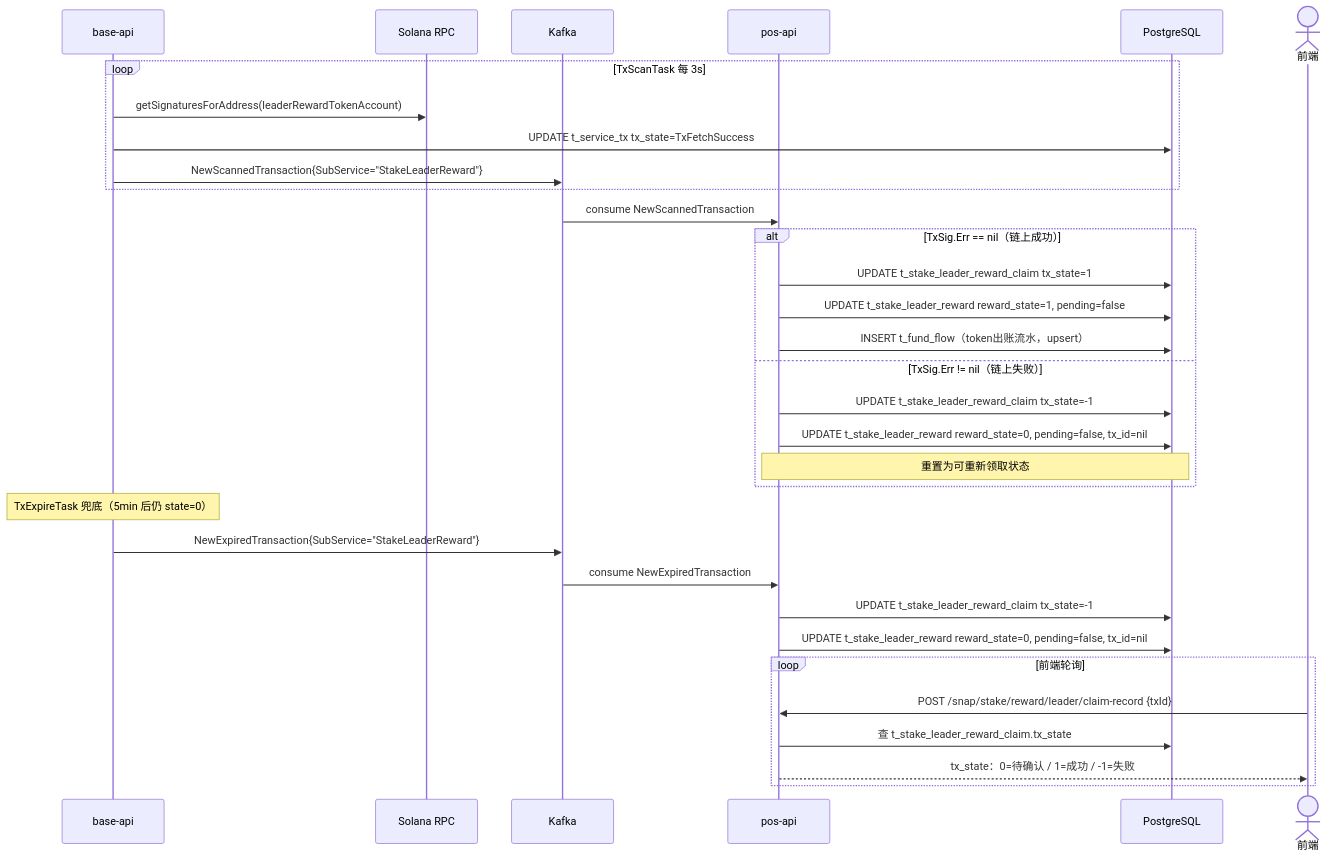
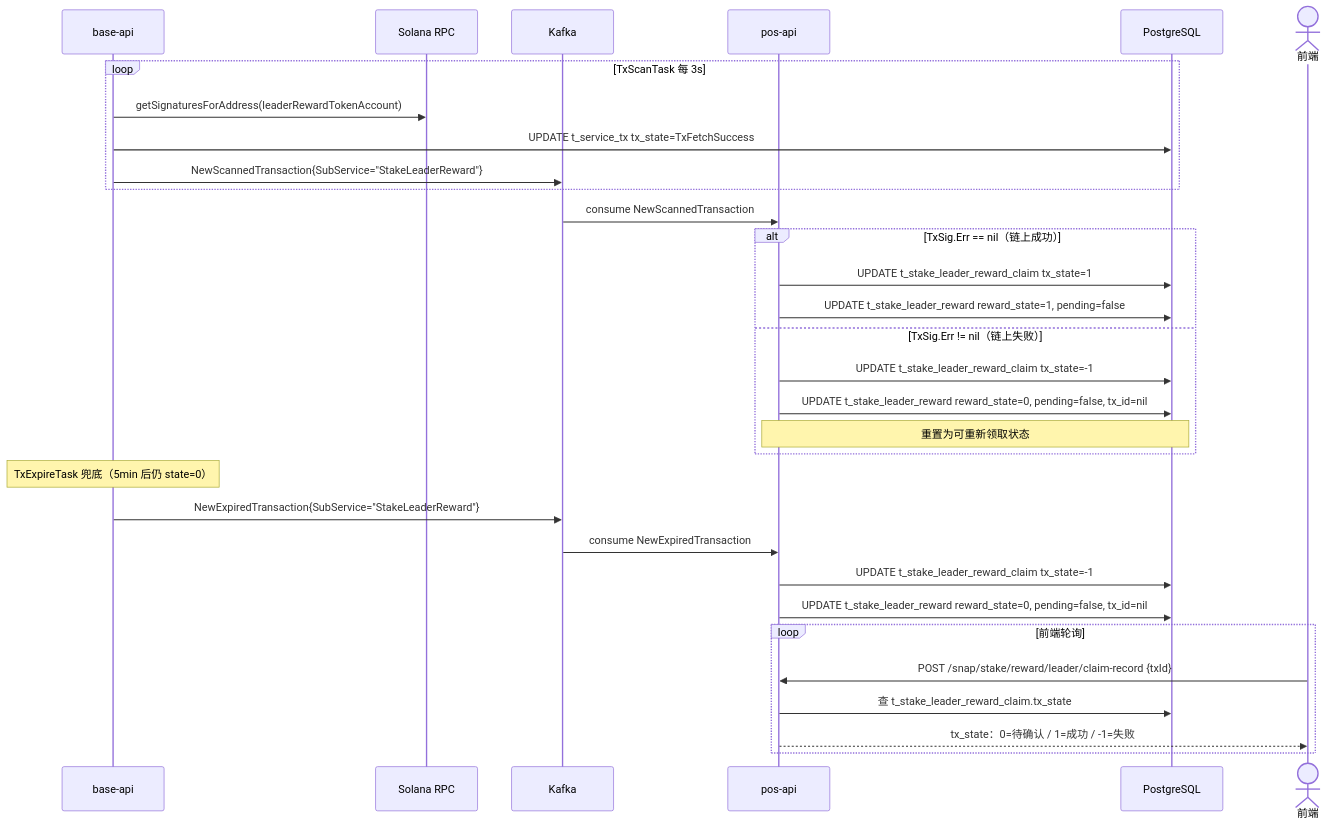
One commit to BillInUK/oshit-go changed the fourth of 7 diagrams in docs/v1/pos_stake_leader.md. Above: the diagram before and after it, drawn with Mermaid. The commit also changed other lines of this file and 20 other files, not shown here.

````diff
--- a/docs/v1/pos_stake_leader.md
+++ b/docs/v1/pos_stake_leader.md
@@ -231,38 +231,37 @@
 ```mermaid
 sequenceDiagram
     participant B as base-api
     participant SOL as Solana RPC
     participant K as Kafka
     participant R as pos-api
     participant DB as PostgreSQL
     actor FE as 前端
 
     loop TxScanTask 每 3s
         B->>SOL: getSignaturesForAddress(leaderRewardTokenAccount)
         B->>DB: UPDATE t_service_tx tx_state=TxFetchSuccess
         B->>K: NewScannedTransaction{SubService="StakeLeaderReward"}
     end
 
     K->>R: consume NewScannedTransaction
     alt TxSig.Err == nil（链上成功）
         R->>DB: UPDATE t_stake_leader_reward_claim tx_state=1
         R->>DB: UPDATE t_stake_leader_reward reward_state=1, pending=false
-        R->>DB: INSERT t_fund_flow（token出账流水，upsert）
     else TxSig.Err != nil（链上失败）
         R->>DB: UPDATE t_stake_leader_reward_claim tx_state=-1
         R->>DB: UPDATE t_stake_leader_reward reward_state=0, pending=false, tx_id=nil
         Note over R,DB: 重置为可重新领取状态
     end
 
     Note over B: TxExpireTask 兜底（5min 后仍 state=0）
     B->>K: NewExpiredTransaction{SubService="StakeLeaderReward"}
     K->>R: consume NewExpiredTransaction
     R->>DB: UPDATE t_stake_leader_reward_claim tx_state=-1
     R->>DB: UPDATE t_stake_leader_reward reward_state=0, pending=false, tx_id=nil
 
     loop 前端轮询
         FE->>R: POST /snap/stake/reward/leader/claim-record {txId}
         R->>DB: 查 t_stake_leader_reward_claim.tx_state
         R-->>FE: tx_state：0=待确认 / 1=成功 / -1=失败
     end
 ```
````
